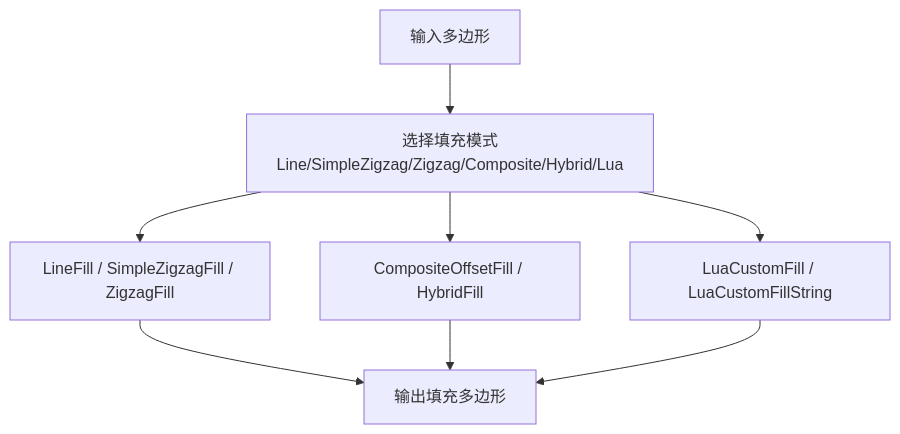
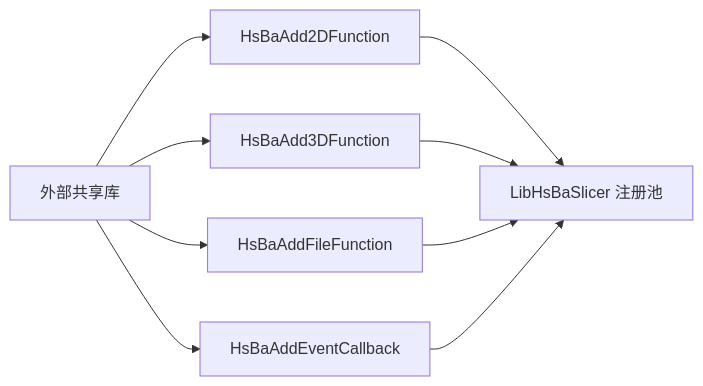
One commit to hsmbanlance/HsBaSlicer changed the fifth of 6 diagrams in .qoder/repowiki/zh/content/扩展开发指南/扩展开发指南.md. Above: the diagram before and after it, drawn with Mermaid. The commit also changed other lines of this file and 1095 other files, not shown here.

````diff
--- a/.qoder/repowiki/zh/content/扩展开发指南/扩展开发指南.md
+++ b/.qoder/repowiki/zh/content/扩展开发指南/扩展开发指南.md
@@ -288,10 +216,11 @@
 ```mermaid
-flowchart TD
-Input["输入多边形"] --> Choose["选择填充模式<br/>Line/SimpleZigzag/Zigzag/Composite/Hybrid/Lua"]
-Choose --> LineFill["LineFill / SimpleZigzagFill / ZigzagFill"]
-Choose --> Composite["CompositeOffsetFill / HybridFill"]
-Choose --> LuaFill["LuaCustomFill / LuaCustomFillString"]
-LineFill --> Output["输出填充多边形"]
-Composite --> Output
-LuaFill --> Output
+graph LR
+A["外部共享库"] --> B["HsBaAdd2DFunction"]
+A --> C["HsBaAdd3DFunction"]
+A --> D["HsBaAddFileFunction"]
+A --> E["HsBaAddEventCallback"]
+B --> F["LibHsBaSlicer 注册池"]
+C --> F
+D --> F
+E --> F
 ```
````
